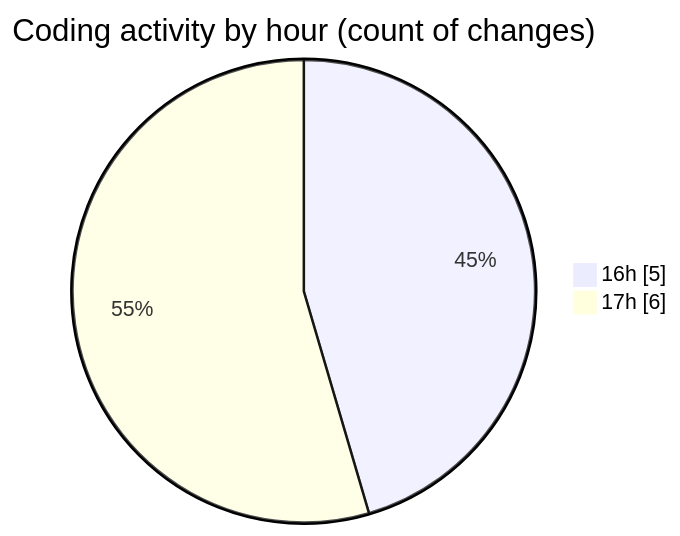
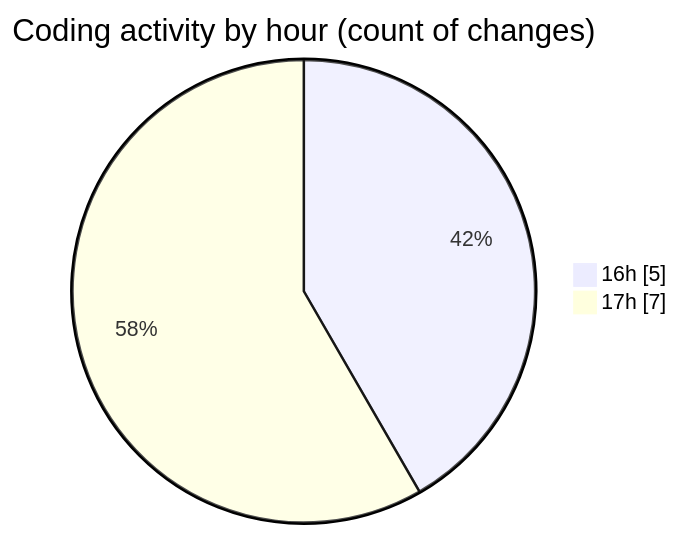
One commit to momahboobian/code-tracking changed the second of 2 diagrams in 2026-02-02/cda/README.md. Above: the diagram before and after it, drawn with Mermaid. The commit also changed other lines of this file and 1 other file, not shown here.

````diff
--- a/2026-02-02/cda/README.md
+++ b/2026-02-02/cda/README.md
@@ -29,6 +30,6 @@
 ```mermaid
 pie showData
 title Coding activity by hour (count of changes)
 "16h" : 5
-"17h" : 6
+"17h" : 7
 ```
````
